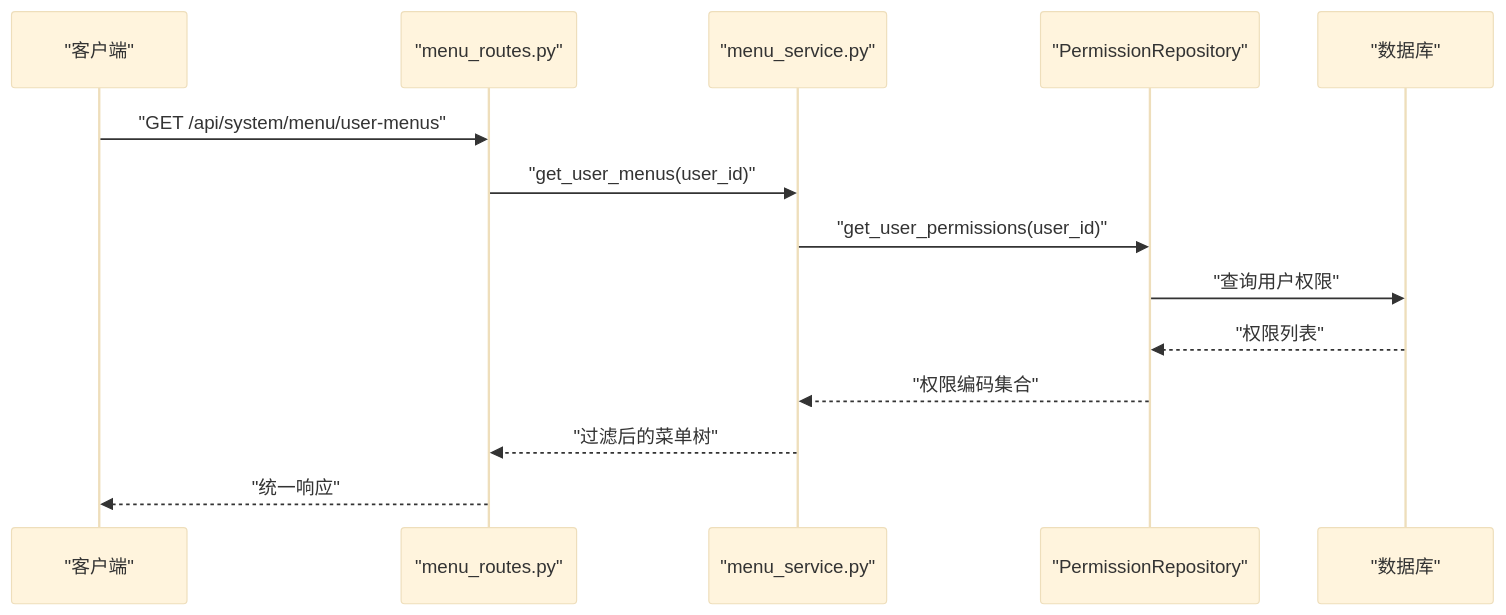
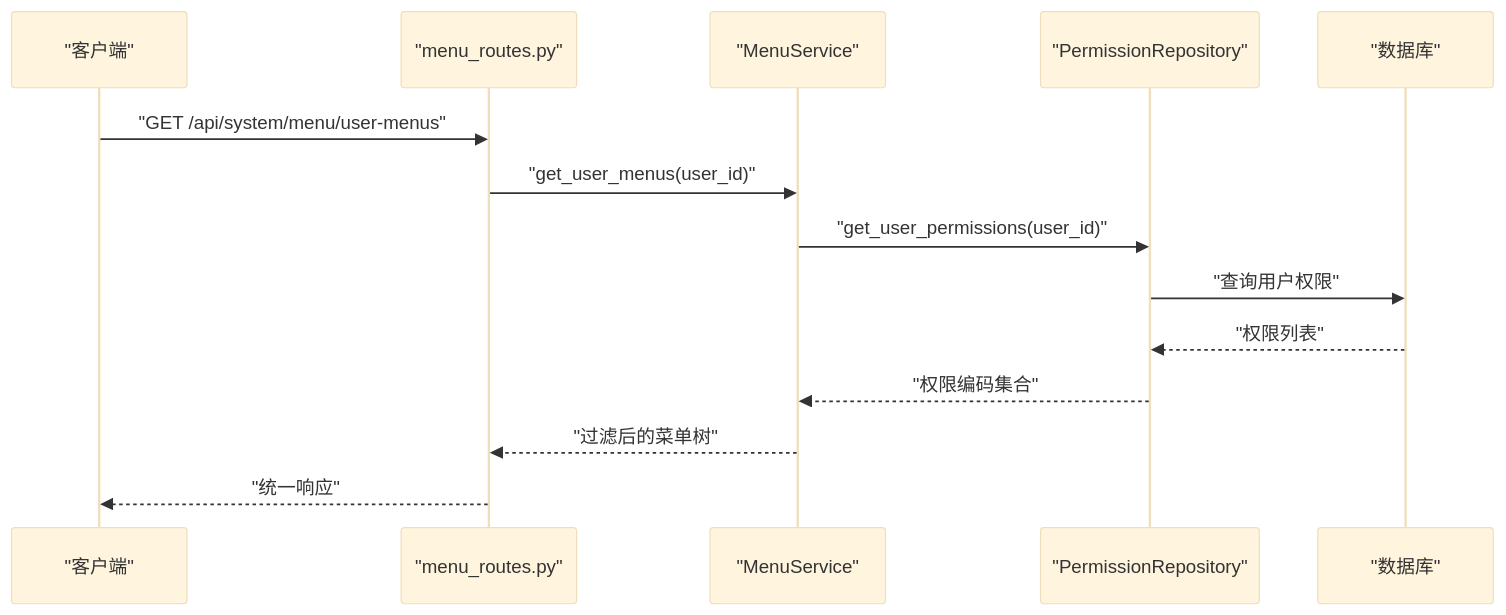
The fourth of 6 diagrams in .qoder/repowiki/zh/content/API 接口文档/RBAC 权限管理接口.md (taoweidong/Hello-FastApi), drawn with Mermaid (base theme) before and after one commit. The commit also changed other lines of this file and 9 other files, not shown here.

````diff
--- a/.qoder/repowiki/zh/content/API 接口文档/RBAC 权限管理接口.md
+++ b/.qoder/repowiki/zh/content/API 接口文档/RBAC 权限管理接口.md
@@ -347,16 +346,16 @@
 ```mermaid
 sequenceDiagram
 participant C as "客户端"
 participant MR as "menu_routes.py"
-participant MS as "menu_service.py"
+participant MS as "MenuService"
 participant PR as "PermissionRepository"
 participant DB as "数据库"
 C->>MR : "GET /api/system/menu/user-menus"
 MR->>MS : "get_user_menus(user_id)"
 MS->>PR : "get_user_permissions(user_id)"
 PR->>DB : "查询用户权限"
 DB-->>PR : "权限列表"
 PR-->>MS : "权限编码集合"
 MS-->>MR : "过滤后的菜单树"
 MR-->>C : "统一响应"
 ```
````
